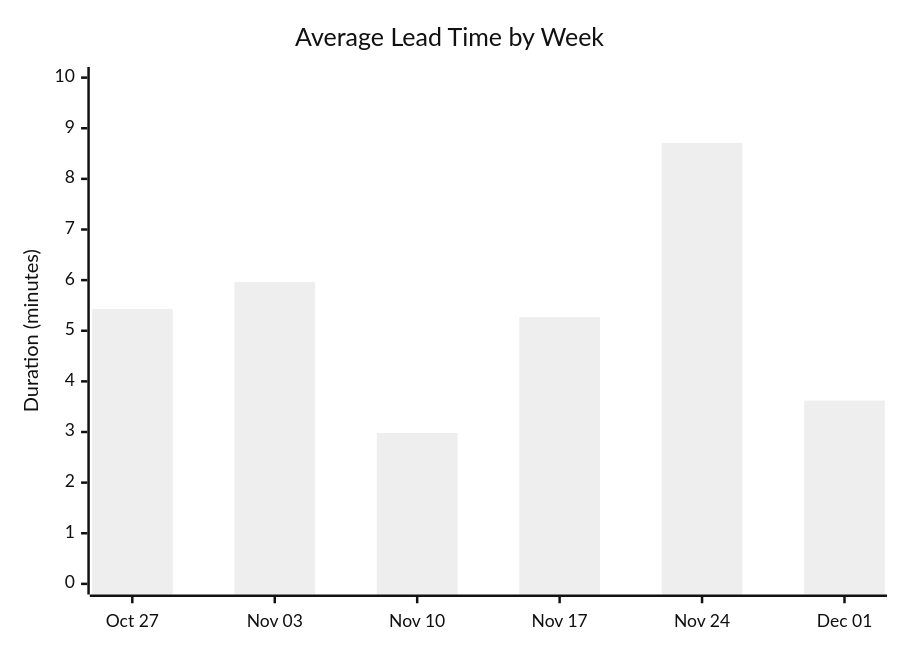
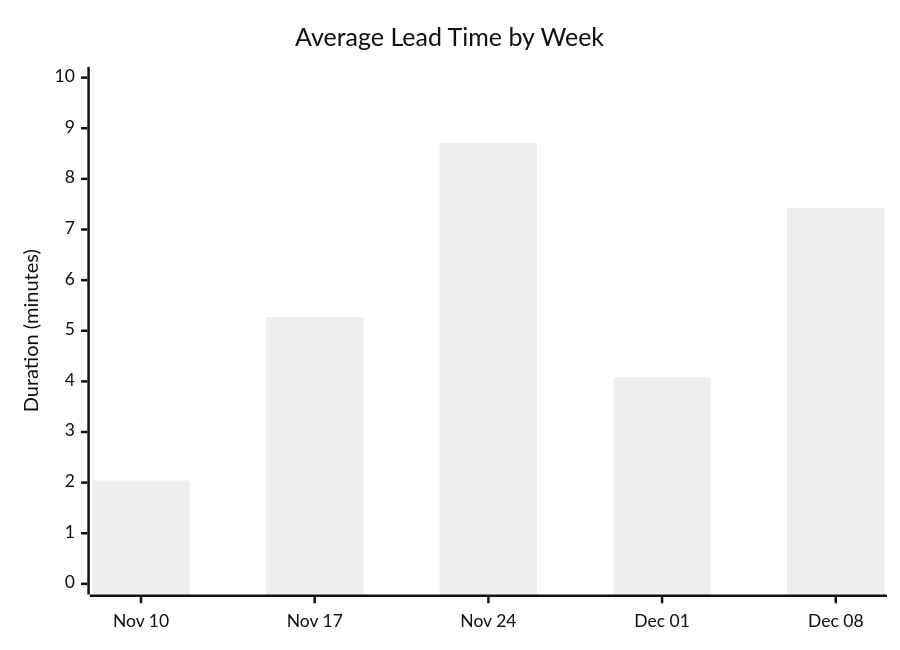
One commit to ukma-cs-ssdm-2025/rate-ukma changed the second of 4 diagrams in docs/ci-cd/dora-summary.md. Above: the diagram before and after it, drawn with Mermaid (neutral theme). The commit also changed other lines of this file, not shown here.

````diff
--- a/docs/ci-cd/dora-summary.md
+++ b/docs/ci-cd/dora-summary.md
@@ -30,7 +31,7 @@
 ```mermaid
 xychart-beta
     title "Average Lead Time by Week"
-    x-axis ["Oct 27", "Nov 03", "Nov 10", "Nov 17", "Nov 24", "Dec 01"]
+    x-axis ["Nov 10", "Nov 17", "Nov 24", "Dec 01", "Dec 08"]
     y-axis "Duration (minutes)" 0 --> 10
-    bar [5.43, 5.96, 2.98, 5.27, 8.71, 3.62]
+    bar [2.04, 5.27, 8.71, 4.08, 7.42]
 ```
````
